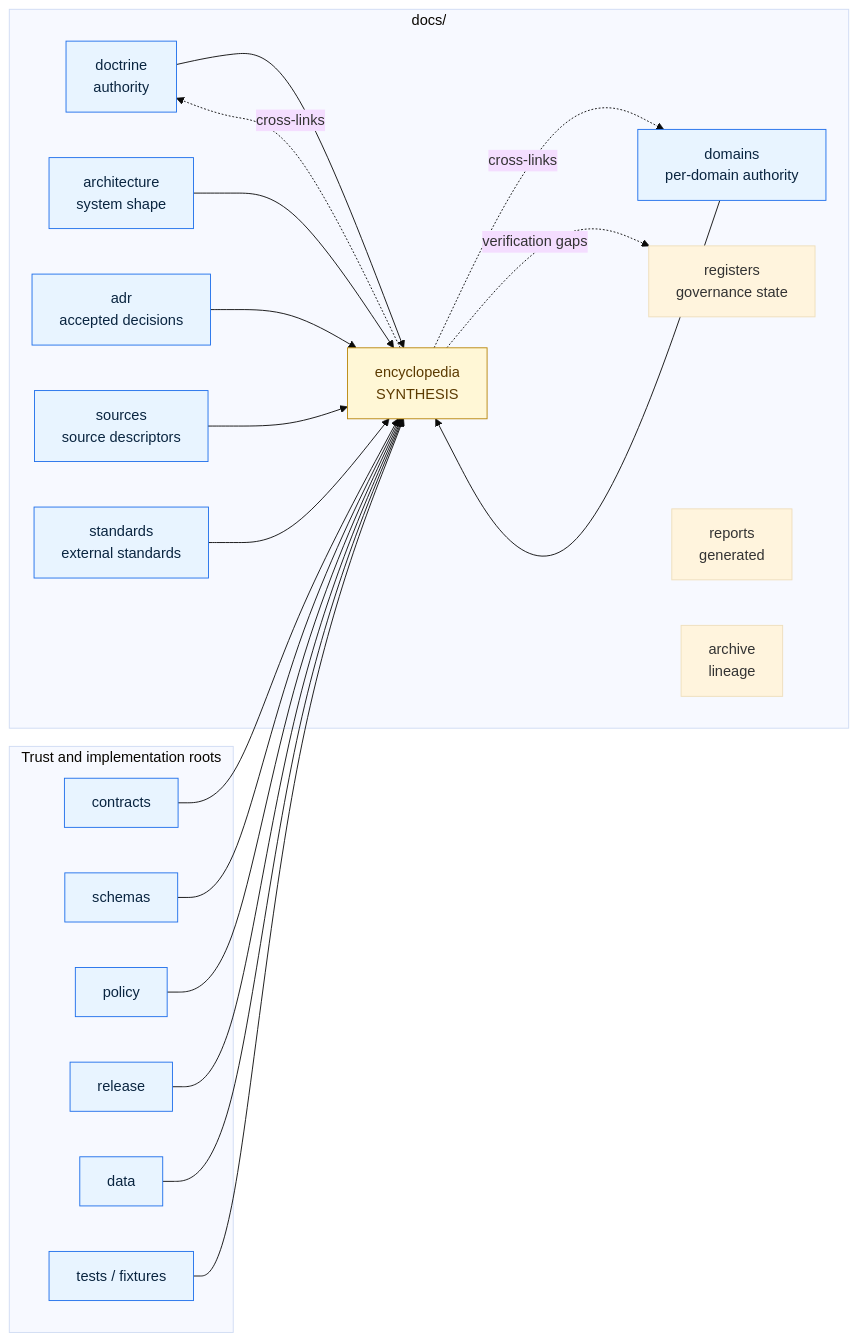
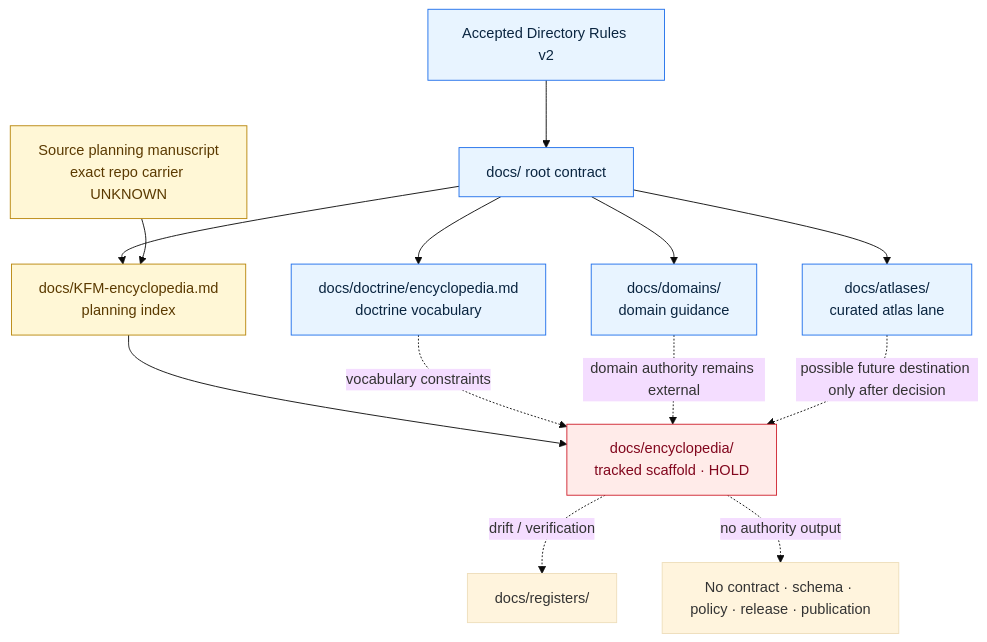
One commit to bartytime4life/Kansas-Frontier-Matrix changed the diagram in docs/encyclopedia/README.md. Above: the diagram before and after it, drawn with Mermaid (base theme). The commit also changed other lines of this file, not shown here.

Commit message:
docs(encyclopedia): modernize scaffold boundary README

````diff
--- a/docs/encyclopedia/README.md
+++ b/docs/encyclopedia/README.md
@@ -278,46 +474,24 @@
 ```mermaid
-flowchart LR
-    subgraph DOC[docs/]
-        DOCT[doctrine<br/>authority]
-        ARCH[architecture<br/>system shape]
-        ADR[adr<br/>accepted decisions]
-        DOM[domains<br/>per-domain authority]
-        SRC[sources<br/>source descriptors]
-        STD[standards<br/>external standards]
-        REG[registers<br/>governance state]
-        ENC[encyclopedia<br/>SYNTHESIS]
-        REP[reports<br/>generated]
-        ARC[archive<br/>lineage]
-    end
+flowchart TD
+    DIR["Accepted Directory Rules v2"] --> DOCS["docs/ root contract"]
+    DOCS --> DOCT["docs/doctrine/encyclopedia.md<br/>doctrine vocabulary"]
+    DOCS --> PLAN["docs/KFM-encyclopedia.md<br/>planning index"]
+    DOCS --> DOM["docs/domains/<br/>domain guidance"]
+    DOCS --> ATL["docs/atlases/<br/>curated atlas lane"]
 
-    subgraph TRUST[Trust and implementation roots]
-        CON[contracts]
-        SCH[schemas]
-        POL[policy]
-        REL[release]
-        DAT[data]
-        TST[tests / fixtures]
-    end
+    SRC["Source planning manuscript<br/>exact repo carrier UNKNOWN"] --> PLAN
+    PLAN --> HOLD["docs/encyclopedia/<br/>tracked scaffold · HOLD"]
+    DOCT -. vocabulary constraints .-> HOLD
+    DOM -. domain authority remains external .-> HOLD
+    ATL -. possible future destination only after decision .-> HOLD
 
-    DOCT --> ENC
-    ARCH --> ENC
-    ADR --> ENC
-    DOM --> ENC
-    SRC --> ENC
-    STD --> ENC
-    CON --> ENC
-    SCH --> ENC
-    POL --> ENC
-    REL --> ENC
-    DAT --> ENC
-    TST --> ENC
+    HOLD -. drift / verification .-> REG["docs/registers/"]
+    HOLD -. no authority output .-> NONE["No contract · schema · policy · release · publication"]
 
-    ENC -. cross-links .-> DOCT
-    ENC -. cross-links .-> DOM
-    ENC -. verification gaps .-> REG
-
-    classDef synth fill:#fff7d6,stroke:#b8860b,color:#5b3a00
-    classDef truth fill:#e8f4ff,stroke:#1f6feb,color:#0a2540
-    class ENC synth
-    class DOCT,ARCH,ADR,DOM,SRC,STD,CON,SCH,POL,REL,DAT,TST truth
+    classDef authority fill:#e8f4ff,stroke:#1f6feb,color:#0a2540
+    classDef planning fill:#fff7d6,stroke:#b8860b,color:#5b3a00
+    classDef hold fill:#ffebe9,stroke:#cf222e,color:#82071e
+    class DIR,DOCS,DOCT,DOM,ATL authority
+    class SRC,PLAN planning
+    class HOLD hold
 ```
````
